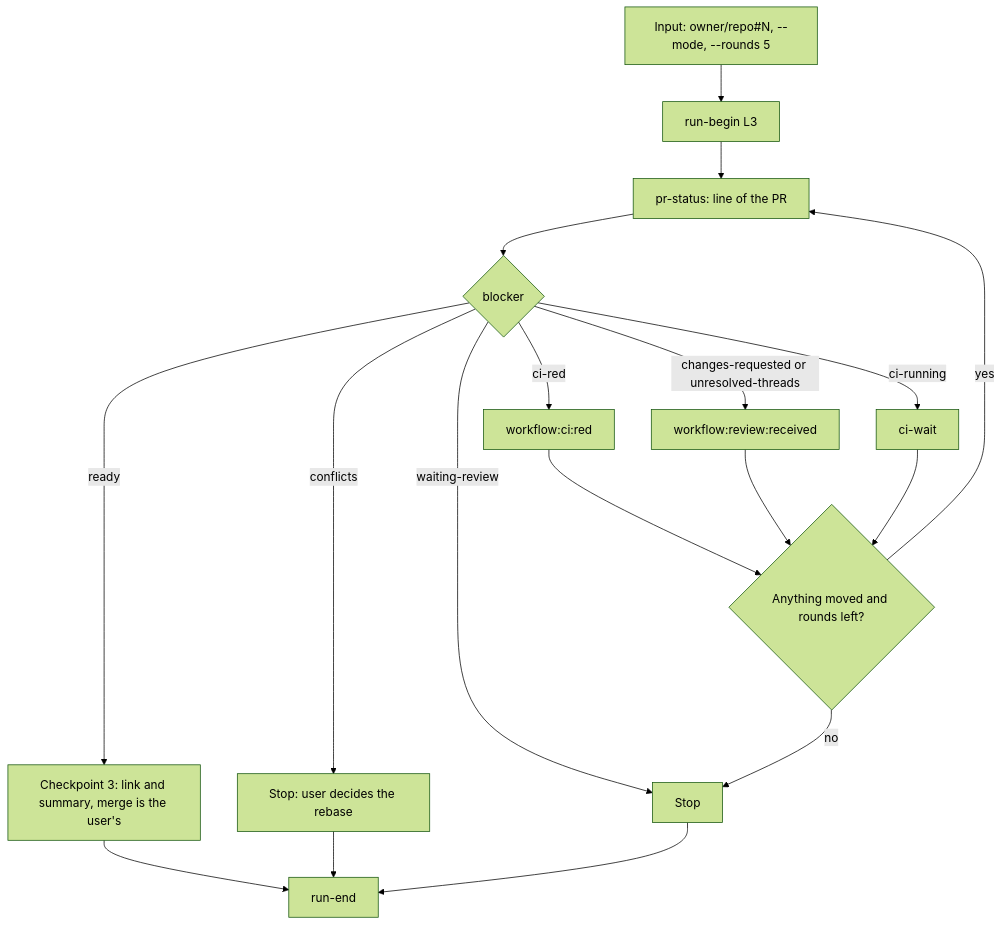
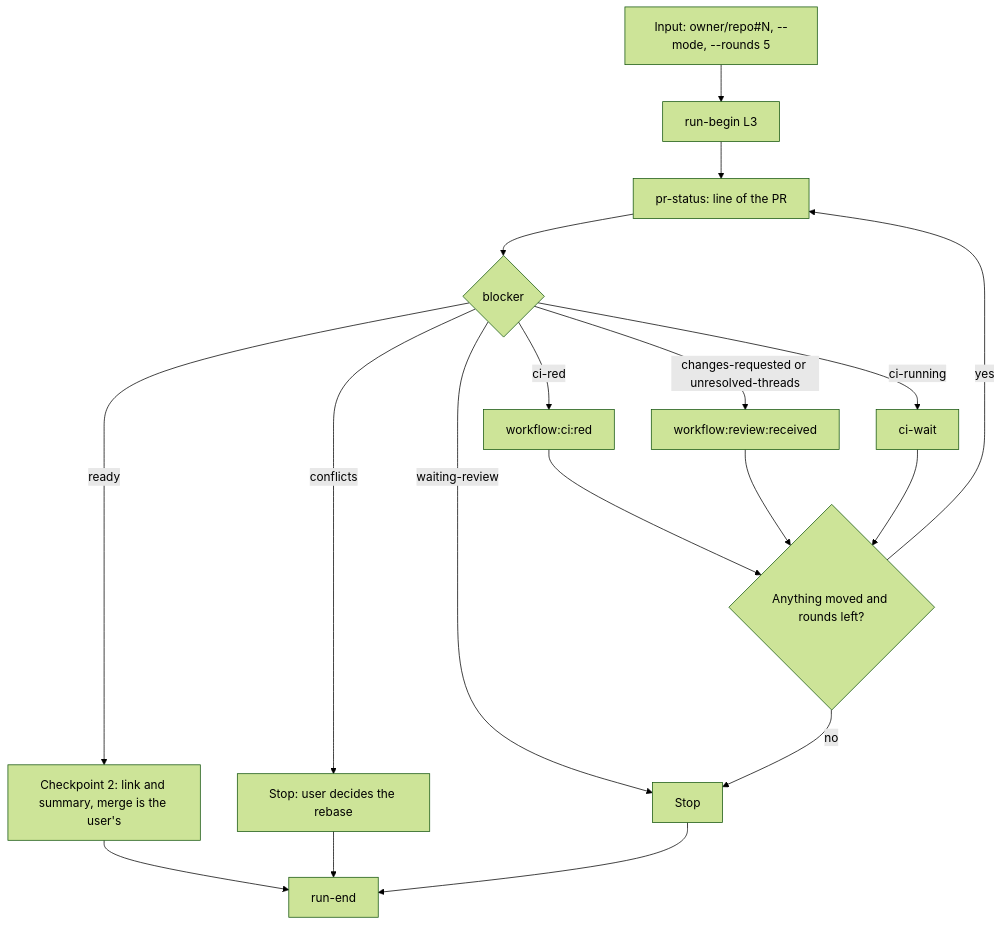
Before and after one commit to nicolasmondain/adorno: the sixth of 6 diagrams in src/workflows/pr/SCHEMA.md, drawn with Mermaid (forest theme). The commit also changed other lines of this file and 142 other files, not shown here.

````diff
--- a/src/workflows/pr/SCHEMA.md
+++ b/src/workflows/pr/SCHEMA.md
@@ -90,20 +113,20 @@
 ```mermaid
 flowchart TD
   A["Input: owner/repo#N, --mode, --rounds 5"] --> B["run-begin L3"]
   B --> C["pr-status: line of the PR"]
   C --> D{"blocker"}
   D -->|"ci-red"| E["workflow:ci:red"]
   D -->|"changes-requested or unresolved-threads"| F["workflow:review:received"]
   D -->|"ci-running"| G["ci-wait"]
   D -->|"conflicts"| X["Stop: user decides the rebase"]
   D -->|"waiting-review"| Y["Stop"]
-  D -->|"ready"| Z["Checkpoint 3: link and summary, merge is the user's"]
+  D -->|"ready"| Z["Checkpoint 2: link and summary, merge is the user's"]
   E --> H{"Anything moved and rounds left?"}
   F --> H
   G --> H
   H -->|"yes"| C
   H -->|"no"| Y
   Z --> W["run-end"]
   X --> W
   Y --> W
 ```
````
